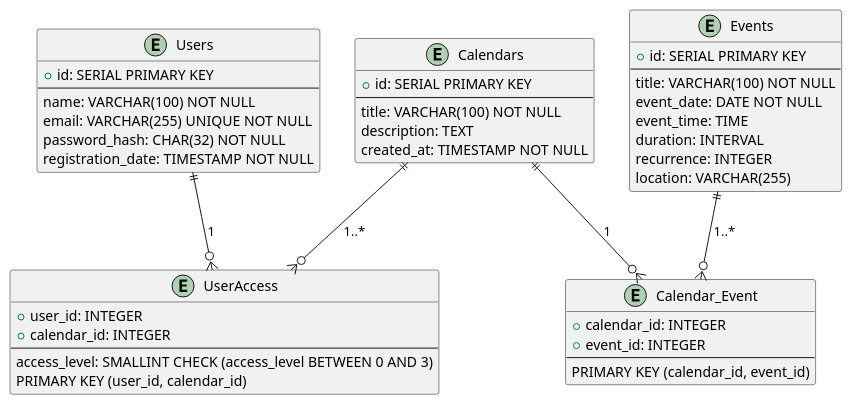
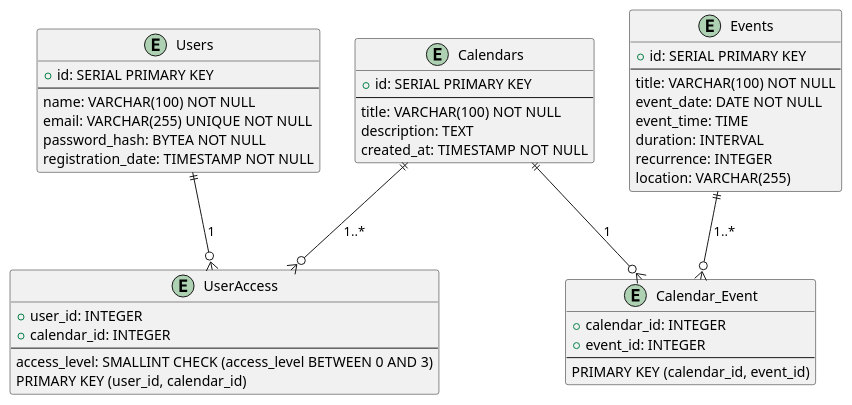
Before and after one commit to vdovydenkov/itmo_db_interaction: the second of 2 diagrams in lab_2025-03-13/lab02_report.md, drawn with PlantUML. The commit also changed other lines of this file and 1 other file, not shown here.

Commit message:
Изменился тип password_hash с CHAR(32) на BYTEA.

```diff
--- a/lab_2025-03-13/lab02_report.md
+++ b/lab_2025-03-13/lab02_report.md
@@ -178,51 +178,51 @@
 @startuml
 
 entity "Users" {
   + id: SERIAL PRIMARY KEY
   --
   name: VARCHAR(100) NOT NULL
   email: VARCHAR(255) UNIQUE NOT NULL
-  password_hash: CHAR(32) NOT NULL
+  password_hash: BYTEA NOT NULL
   registration_date: TIMESTAMP NOT NULL
 }
 
 entity "Calendars" {
   + id: SERIAL PRIMARY KEY
   --
   title: VARCHAR(100) NOT NULL
   description: TEXT
   created_at: TIMESTAMP NOT NULL
 }
 
 entity "Events" {
   + id: SERIAL PRIMARY KEY
   --
   title: VARCHAR(100) NOT NULL
   event_date: DATE NOT NULL
   event_time: TIME
   duration: INTERVAL
   recurrence: INTEGER
   location: VARCHAR(255)
 }
 
 entity "UserAccess" {
   + user_id: INTEGER
   + calendar_id: INTEGER
   --
   access_level: SMALLINT CHECK (access_level BETWEEN 0 AND 3)
   PRIMARY KEY (user_id, calendar_id)
 }
 
 entity "Calendar_Event" {
   + calendar_id: INTEGER
   + event_id: INTEGER
   --
   PRIMARY KEY (calendar_id, event_id)
 }
 
 Users ||--o{ UserAccess : "1"
 Calendars ||--o{ UserAccess : "1..*"
 Calendars ||--o{ Calendar_Event : "1"
 Events ||--o{ Calendar_Event : "1..*"
 
 @enduml
```
